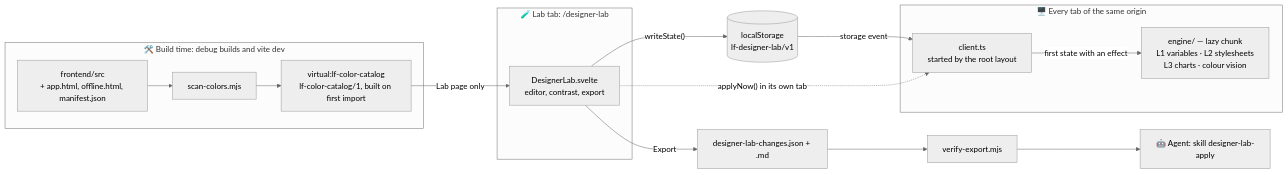
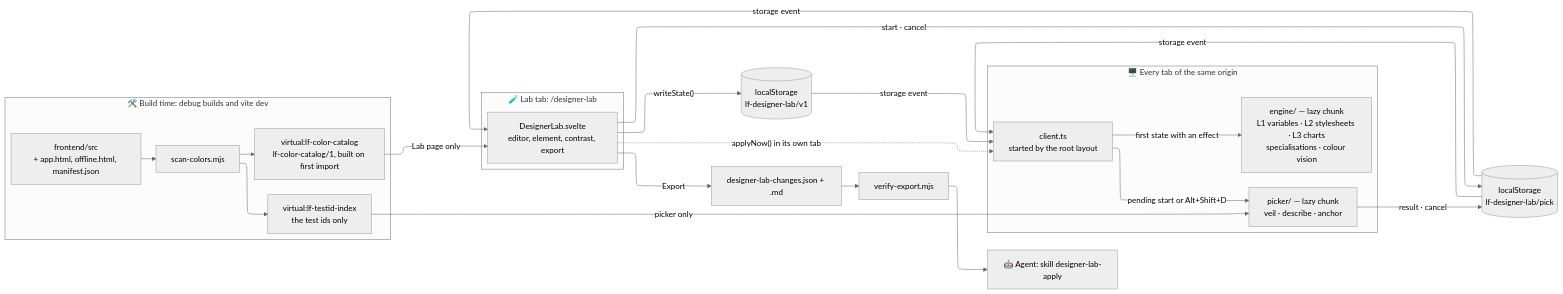
The first of 2 diagrams in mkdocs_src/docs/developer/frontend/designer-lab.md (Librefolio/LibreFolio), drawn with Mermaid (neutral theme) before and after one commit. The commit also changed other lines of this file and 51 other files, not shown here.

````diff
--- a/mkdocs_src/docs/developer/frontend/designer-lab.md
+++ b/mkdocs_src/docs/developer/frontend/designer-lab.md
@@ -117,21 +134,33 @@
 ```mermaid
+---
+config:
+  layout: elk
+---
 flowchart LR
     subgraph BUILD["🛠️ Build time: debug builds and vite dev"]
         SRC["frontend/src<br/>+ app.html, offline.html, manifest.json"] --> SCAN["scan-colors.mjs"]
         SCAN --> CAT["virtual:lf-color-catalog<br/>lf-color-catalog/1, built on first import"]
+        SCAN --> IDX["virtual:lf-testid-index<br/>the test ids only"]
     end
     subgraph LAB["🧪 Lab tab: /designer-lab"]
-        UI["DesignerLab.svelte<br/>editor, contrast, export"]
+        UI["DesignerLab.svelte<br/>editor, element, contrast, export"]
     end
     subgraph TABS["🖥️ Every tab of the same origin"]
         CLIENT["client.ts<br/>started by the root layout"]
-        ENGINE["engine/ — lazy chunk<br/>L1 variables · L2 stylesheets<br/>L3 charts · colour vision"]
+        ENGINE["engine/ — lazy chunk<br/>L1 variables · L2 stylesheets · L3 charts<br/>specialisations · colour vision"]
+        PICKER["picker/ — lazy chunk<br/>veil · describe · anchor"]
     end
     CAT -->|"Lab page only"| UI
+    IDX -->|"picker only"| PICKER
     UI -->|"writeState()"| STORE[("localStorage<br/>lf-designer-lab/v1")]
     STORE -->|"storage event"| CLIENT
     UI -.->|"applyNow() in its own tab"| CLIENT
     CLIENT -->|"first state with an effect"| ENGINE
+    UI -->|"start · cancel"| PICK[("localStorage<br/>lf-designer-lab/pick")]
+    PICK -->|"storage event"| CLIENT
+    CLIENT -->|"pending start or Alt+Shift+D"| PICKER
+    PICKER -->|"result · cancel"| PICK
+    PICK -->|"storage event"| UI
     UI -->|"Export"| EXPORT["designer-lab-changes.json + .md"]
     EXPORT --> VERIFY["verify-export.mjs"] --> AGENT["🤖 Agent: skill designer-lab-apply"]
 ```
````
